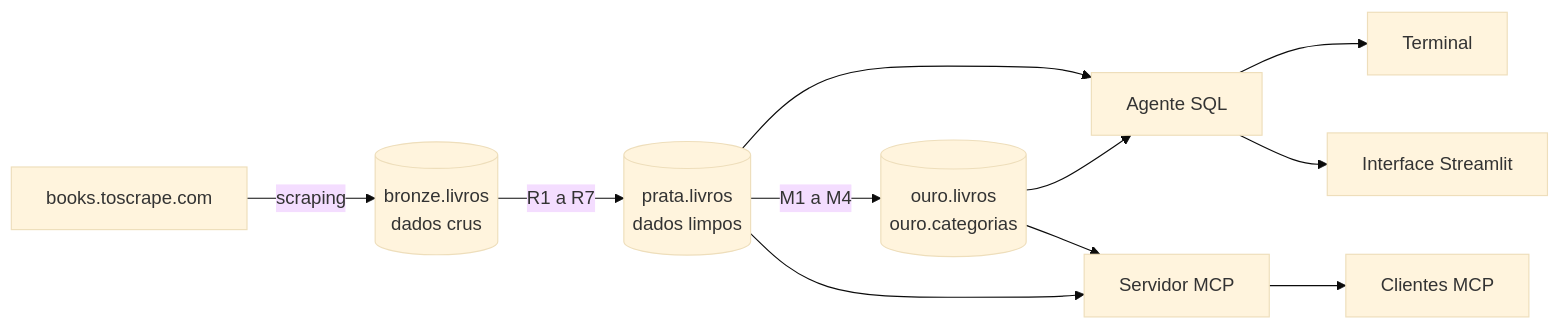
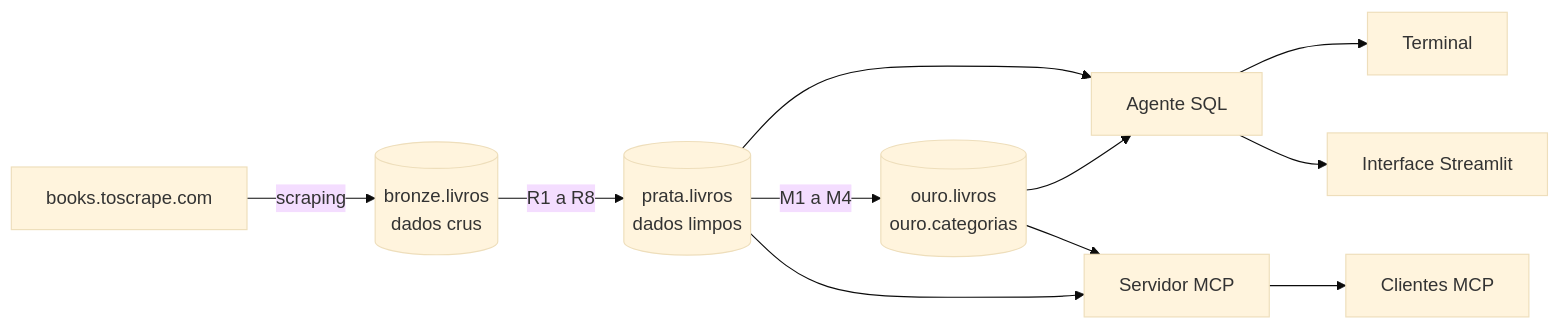
Before and after one commit to MateusFariia/livraria-ia: the diagram in README.md, drawn with Mermaid (base theme). The commit also changed other lines of this file and 2 other files, not shown here.

````diff
--- a/README.md
+++ b/README.md
@@ -9,13 +9,13 @@
 ```mermaid
 flowchart LR
     A[books.toscrape.com] -->|scraping| B[(bronze.livros<br/>dados crus)]
-    B -->|R1 a R7| C[(prata.livros<br/>dados limpos)]
+    B -->|R1 a R8| C[(prata.livros<br/>dados limpos)]
     C -->|M1 a M4| D[(ouro.livros<br/>ouro.categorias)]
     D --> E[Agente SQL]
     C --> E
     C --> H[Servidor MCP]
     D --> H
     E --> F[Terminal]
     E --> G[Interface Streamlit]
     H --> I[Clientes MCP]
 ```
````
